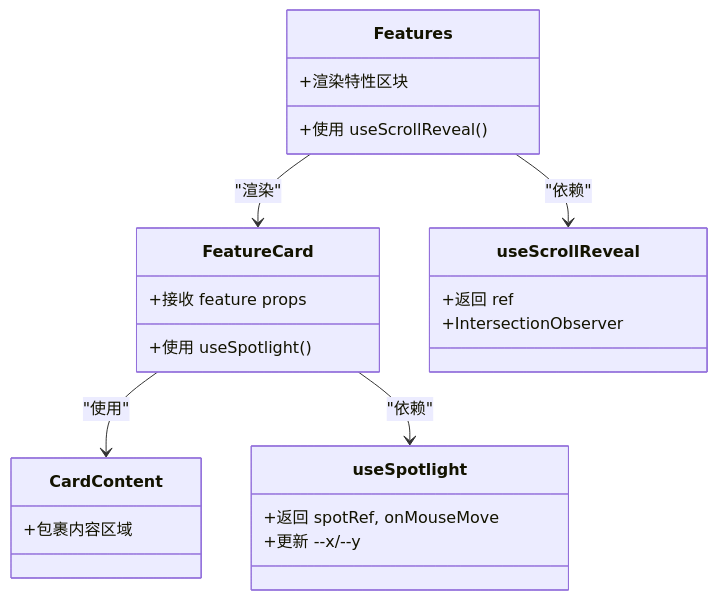
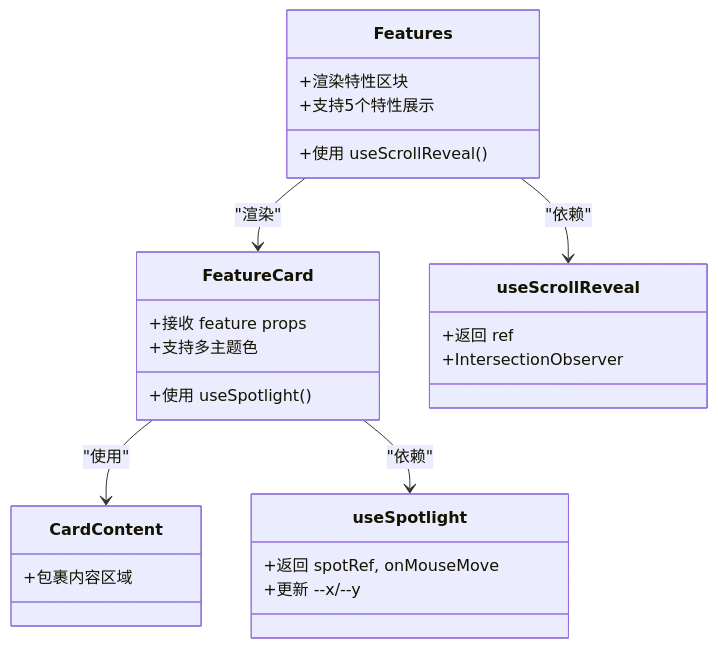
The fourth of 4 diagrams in .qoder/repowiki/zh/content/架构设计/组件架构/页面组件/Features组件.md (Primoguo/naolizhi.cn), drawn with Mermaid before and after one commit. The commit also changed other lines of this file and 23 other files, not shown here.

````diff
--- a/.qoder/repowiki/zh/content/架构设计/组件架构/页面组件/Features组件.md
+++ b/.qoder/repowiki/zh/content/架构设计/组件架构/页面组件/Features组件.md
@@ -252,26 +267,28 @@
 ```mermaid
 classDiagram
 class Features {
 +渲染特性区块
 +使用 useScrollReveal()
++支持5个特性展示
 }
 class FeatureCard {
 +接收 feature props
 +使用 useSpotlight()
++支持多主题色
 }
 class CardContent {
 +包裹内容区域
 }
 class useScrollReveal {
 +返回 ref
 +IntersectionObserver
 }
 class useSpotlight {
 +返回 spotRef, onMouseMove
 +更新 --x/--y
 }
 Features --> FeatureCard : "渲染"
 FeatureCard --> CardContent : "使用"
 FeatureCard --> useSpotlight : "依赖"
 Features --> useScrollReveal : "依赖"
 ```
````
